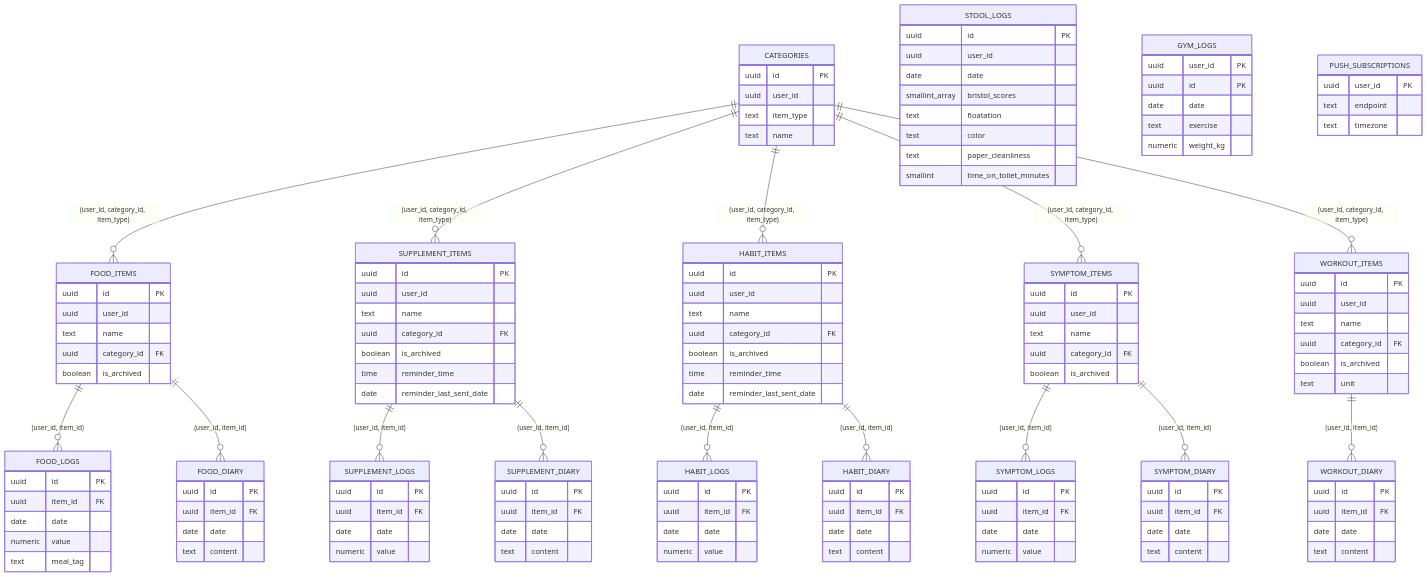
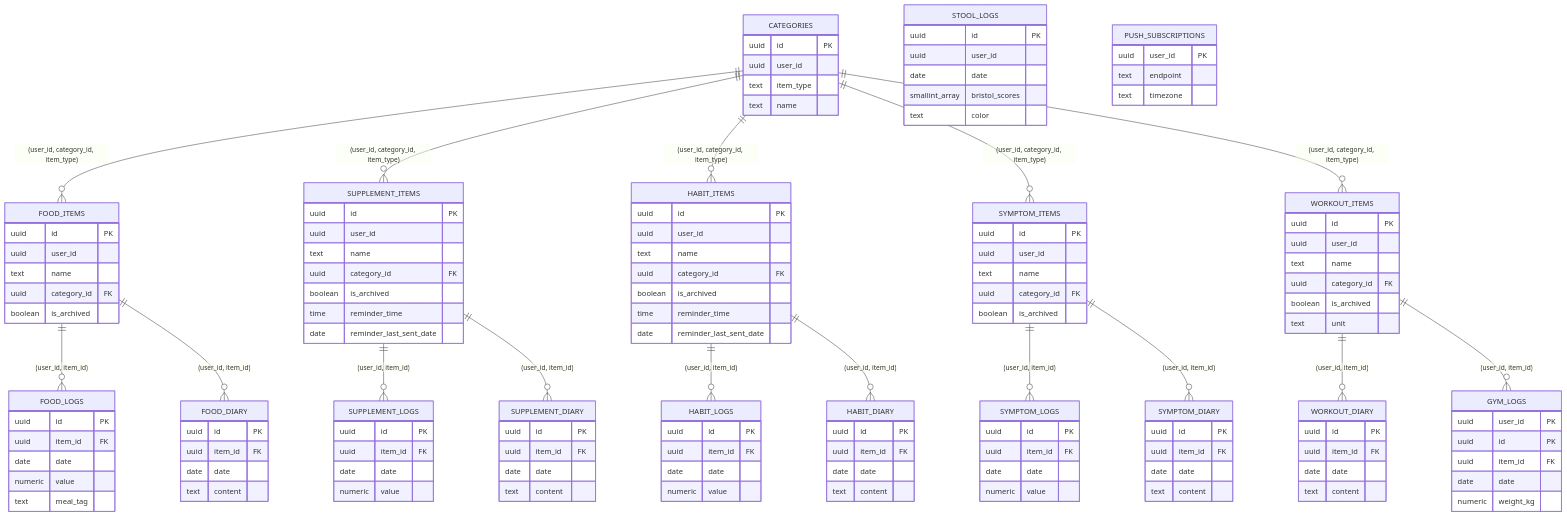
The diagram in README.md (xxvazquez/health-management), drawn with Mermaid before and after one commit. The commit also changed other lines of this file and 9 other files, not shown here.

First line of the commit message:
Migrate gym_logs to a real workout_items foreign key; restore 404 background; add it to My Drive

```diff
--- a/README.md
+++ b/README.md
@@ -35,6 +88,7 @@
     SYMPTOM_ITEMS ||--o{ SYMPTOM_LOGS : "(user_id, item_id)"
     SYMPTOM_ITEMS ||--o{ SYMPTOM_DIARY : "(user_id, item_id)"
     WORKOUT_ITEMS ||--o{ WORKOUT_DIARY : "(user_id, item_id)"
+    WORKOUT_ITEMS ||--o{ GYM_LOGS : "(user_id, item_id)"
 
     CATEGORIES {
         uuid id PK
@@ -142,21 +196,15 @@
         uuid user_id
         date date
         smallint_array bristol_scores
-        text floatation
         text color
-        text paper_cleanliness
-        smallint time_on_toilet_minutes
     }
     GYM_LOGS {
         uuid user_id PK
         uuid id PK
+        uuid item_id FK
         date date
-        text exercise
         numeric weight_kg
     }
-    %% GYM_LOGS.exercise is a plain name, matched against WORKOUT_ITEMS.name
-    %% at the app layer, not a foreign key — see WORKOUT_ITEMS' own comment
-    %% in supabase/schema.sql. Left undrawn above for that reason.
     PUSH_SUBSCRIPTIONS {
         uuid user_id PK
         text endpoint
```
